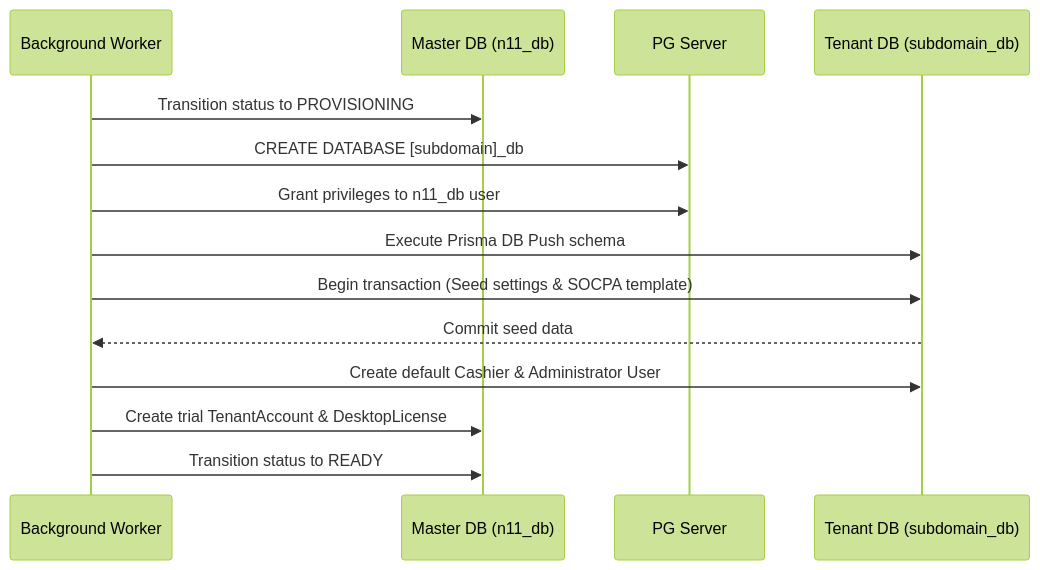
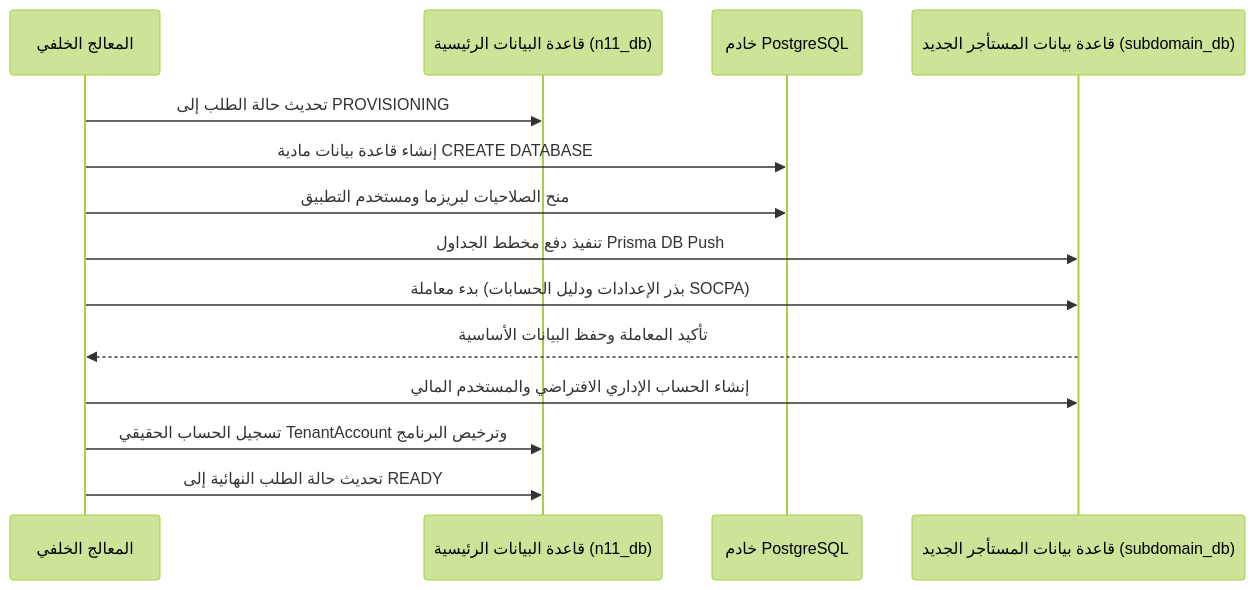
The second of 2 diagrams in tmp/customer-onboarding-phase4e-real-worker-implementation-plan-report.md (NamaInvest/EN), drawn with Mermaid (forest theme) before and after one commit. The commit also changed other lines of this file and 4 other files, not shown here.

Commit message:
feat(onboarding): register onboarding provisioning worker in instrumentation register hook

````diff
--- a/tmp/customer-onboarding-phase4e-real-worker-implementation-plan-report.md
+++ b/tmp/customer-onboarding-phase4e-real-worker-implementation-plan-report.md
@@ -206,17 +202,17 @@
 ```mermaid
 sequenceDiagram
-    participant Worker as Background Worker
-    participant MasterDB as Master DB (n11_db)
-    participant Postgres as PG Server
-    participant TenantDB as Tenant DB (subdomain_db)
+    participant Worker as المعالج الخلفي
+    participant MasterDB as قاعدة البيانات الرئيسية (n11_db)
+    participant Postgres as خادم PostgreSQL
+    participant TenantDB as قاعدة بيانات المستأجر الجديد (subdomain_db)
 
-    Worker->>MasterDB: Transition status to PROVISIONING
-    Worker->>Postgres: CREATE DATABASE [subdomain]_db
-    Worker->>Postgres: Grant privileges to n11_db user
-    Worker->>TenantDB: Execute Prisma DB Push schema
-    Worker->>TenantDB: Begin transaction (Seed settings & SOCPA template)
-    TenantDB-->>Worker: Commit seed data
-    Worker->>TenantDB: Create default Cashier & Administrator User
-    Worker->>MasterDB: Create trial TenantAccount & DesktopLicense
-    Worker->>MasterDB: Transition status to READY
+    Worker->>MasterDB: تحديث حالة الطلب إلى PROVISIONING
+    Worker->>Postgres: إنشاء قاعدة بيانات مادية CREATE DATABASE
+    Worker->>Postgres: منح الصلاحيات لبريزما ومستخدم التطبيق
+    Worker->>TenantDB: تنفيذ دفع مخطط الجداول Prisma DB Push
+    Worker->>TenantDB: بدء معاملة (بذر الإعدادات ودليل الحسابات SOCPA)
+    TenantDB-->>Worker: تأكيد المعاملة وحفظ البيانات الأساسية
+    Worker->>TenantDB: إنشاء الحساب الإداري الافتراضي والمستخدم المالي
+    Worker->>MasterDB: تسجيل الحساب الحقيقي TenantAccount وترخيص البرنامج
+    Worker->>MasterDB: تحديث حالة الطلب النهائية إلى READY
 ```
````
